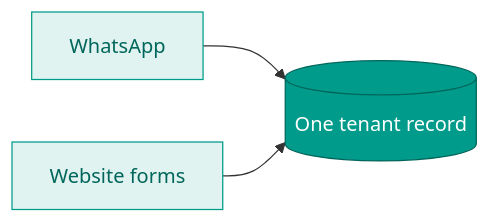
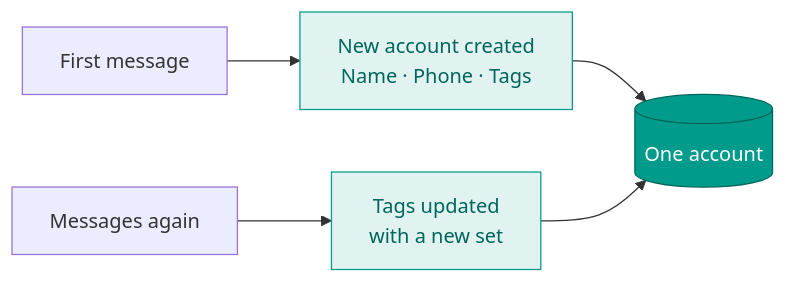
Before and after one commit to ApartmentHub03/ApartmentHub: the third of 7 diagrams in docs/ApartmentHub-CRM.md, drawn with Mermaid. The commit also changed other lines of this file, not shown here.

````diff
--- a/docs/ApartmentHub-CRM.md
+++ b/docs/ApartmentHub-CRM.md
@@ -101,8 +61,10 @@
 ```mermaid
 flowchart LR
-    ZOKO[WhatsApp] --> ACC[(One tenant record)]
-    WEB[Website forms] --> ACC
-    style ACC fill:#009B8A,stroke:#00665b,color:#fff
-    style ZOKO fill:#e0f3f0,stroke:#009B8A,color:#00665b
-    style WEB fill:#e0f3f0,stroke:#009B8A,color:#00665b
+    M1[First message] --> NEW[New account created<br/>Name · Phone · Tags]
+    M2[Messages again] --> UPD[Tags updated<br/>with a new set]
+    NEW --> REC[(One account)]
+    UPD --> REC
+    style REC fill:#009B8A,stroke:#00665b,color:#fff
+    style NEW fill:#e0f3f0,stroke:#009B8A,color:#00665b
+    style UPD fill:#e0f3f0,stroke:#009B8A,color:#00665b
 ```
````
